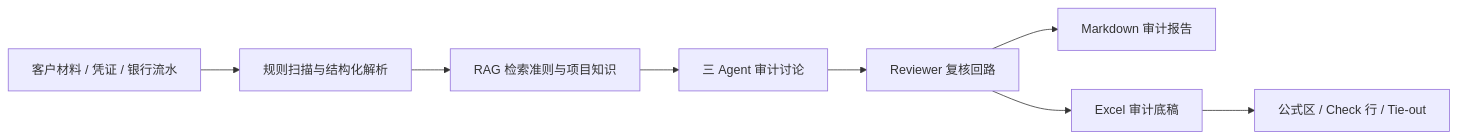
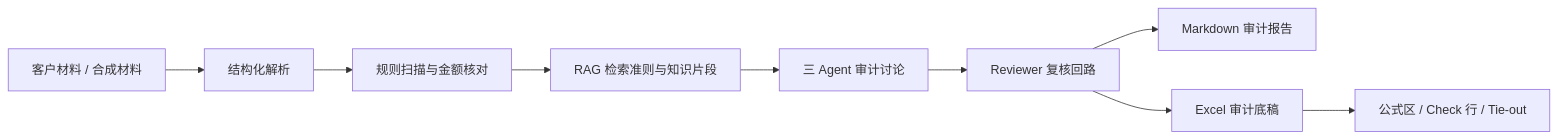
Before and after one commit to wangzichang224-design/cross_border_audit_agent: the diagram in docs/PROJECT_STRUCTURE.md, drawn with Mermaid. The commit also changed other lines of this file and 16 other files, not shown here.

````diff
--- a/docs/PROJECT_STRUCTURE.md
+++ b/docs/PROJECT_STRUCTURE.md
@@ -11,10 +38,11 @@
 ```mermaid
 flowchart LR
-    A["客户材料 / 凭证 / 银行流水"] --> B["规则扫描与结构化解析"]
-    B --> C["RAG 检索准则与项目知识"]
-    C --> D["三 Agent 审计讨论"]
-    D --> E["Reviewer 复核回路"]
-    E --> F["Markdown 审计报告"]
-    E --> G["Excel 审计底稿"]
-    G --> H["公式区 / Check 行 / Tie-out"]
+    A["客户材料 / 合成材料"] --> B["结构化解析"]
+    B --> C["规则扫描与金额核对"]
+    C --> D["RAG 检索准则与知识片段"]
+    D --> E["三 Agent 审计讨论"]
+    E --> F["Reviewer 复核回路"]
+    F --> G["Markdown 审计报告"]
+    F --> H["Excel 审计底稿"]
+    H --> I["公式区 / Check 行 / Tie-out"]
 ```
````
